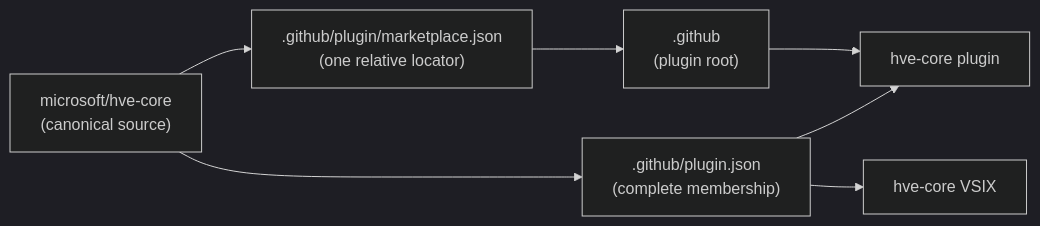
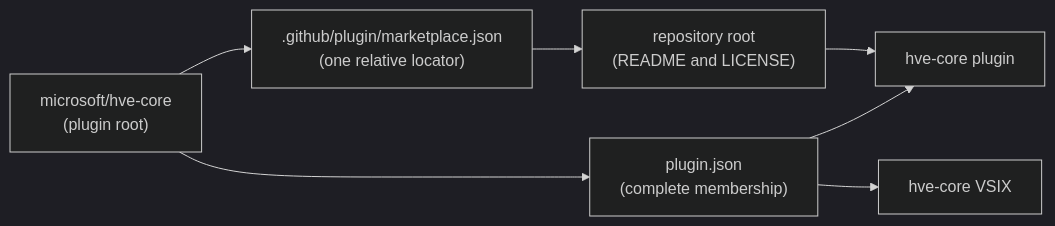
The diagram in docs/getting-started/install.md (MohammedAlkindi/hve-core), drawn with Mermaid (dark theme) before and after one commit. The commit also changed other lines of this file and 53 other files, not shown here.

First line of the commit message:
fix(build): source plugin metadata from repository root

````diff
--- a/docs/getting-started/install.md
+++ b/docs/getting-started/install.md
@@ -53,11 +53,11 @@
 ```mermaid
 graph LR
    accTitle: HVE Core distribution relationships
    accDescr: The repository contains the marketplace locator and plugin manifest. The locator resolves the plugin root, while the manifest supplies membership to both the Copilot plugin and VS Code extension.
-   REPO["microsoft/hve-core<br/>(canonical source)"] --> MANIFEST[".github/plugin.json<br/>(complete membership)"]
+   REPO["microsoft/hve-core<br/>(plugin root)"] --> MANIFEST["plugin.json<br/>(complete membership)"]
    REPO --> CATALOG[".github/plugin/marketplace.json<br/>(one relative locator)"]
-   CATALOG --> ROOT[".github<br/>(plugin root)"]
+   CATALOG --> ROOT["repository root<br/>(README and LICENSE)"]
    MANIFEST --> PLUGIN["hve-core plugin"]
    MANIFEST --> EXT["hve-core VSIX"]
    ROOT --> PLUGIN
 ```
````
